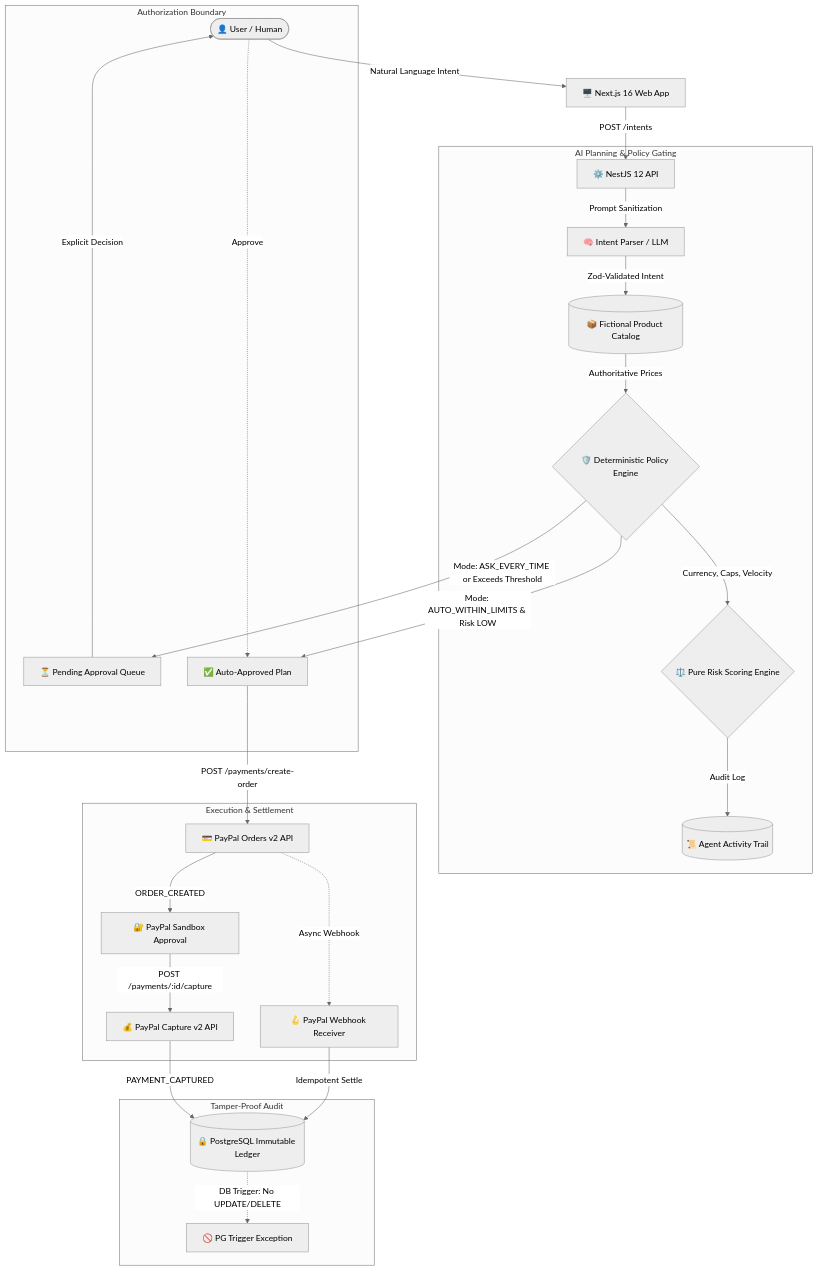
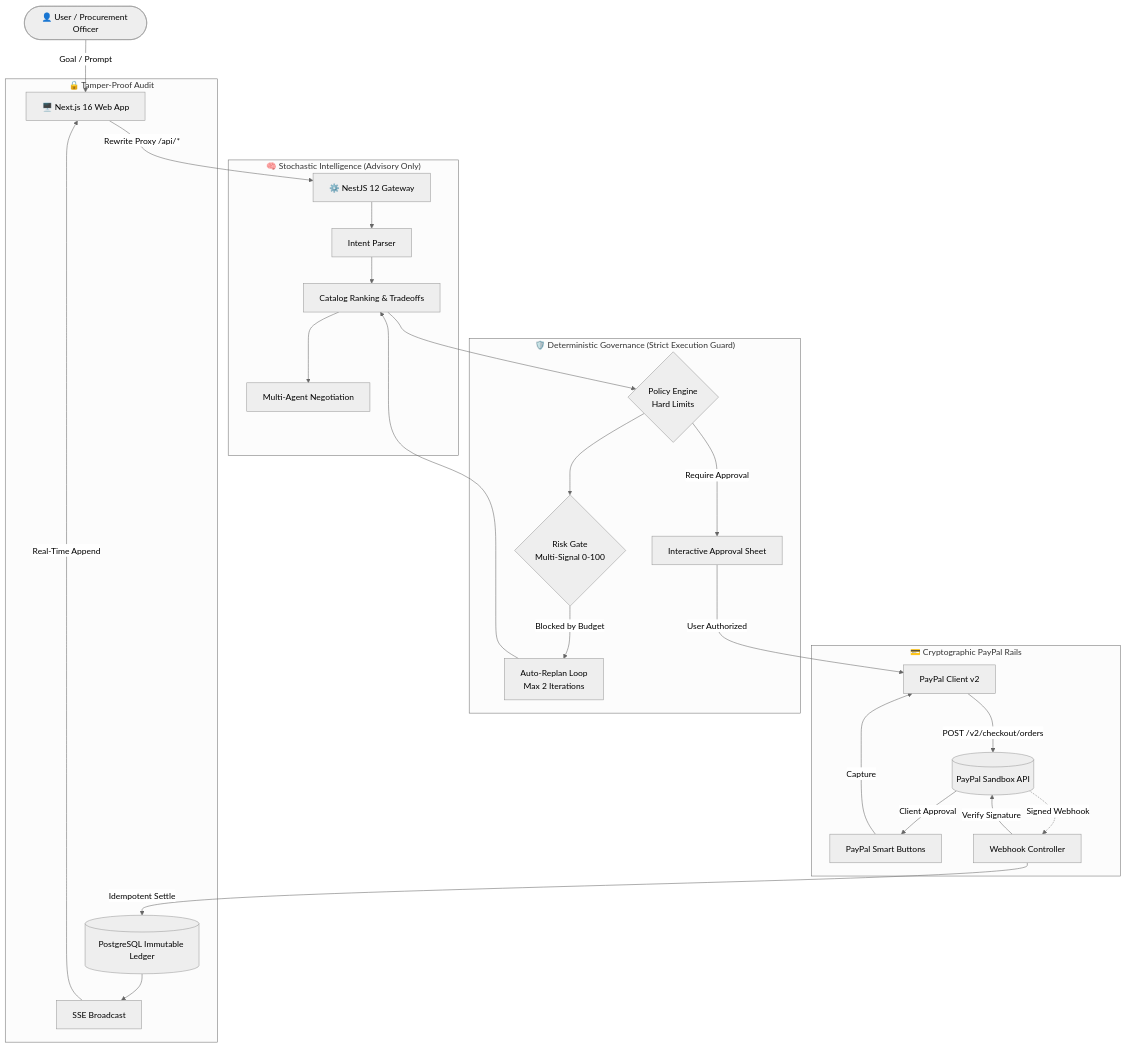
The diagram in README.md (REHAN-503/PayPilot), drawn with Mermaid (neutral theme) before and after one commit. The commit also changed other lines of this file and 63 other files, not shown here.

````diff
--- a/README.md
+++ b/README.md
@@ -27,33 +62,34 @@
 ```mermaid
 flowchart TD
-    User([👤 User / Human]) -->|Natural Language Intent| Frontend[🖥️ Next.js 16 Web App]
-    Frontend -->|POST /intents| Backend[⚙️ NestJS 12 API]
+    User([👤 User / Procurement Officer]) -->|Goal / Prompt| Web[🖥️ Next.js 16 Web App]
+    Web -->|Rewrite Proxy /api/*| API[⚙️ NestJS 12 Gateway]
     
-    subgraph AI Planning & Policy Gating
-        Backend -->|Prompt Sanitization| LLM[🧠 Intent Parser / LLM]
-        LLM -->|Zod-Validated Intent| Catalog[(📦 Fictional Product Catalog)]
-        Catalog -->|Authoritative Prices| PolicyEngine{🛡️ Deterministic Policy Engine}
-        PolicyEngine -->|Currency, Caps, Velocity| RiskEngine{⚖️ Pure Risk Scoring Engine}
-        RiskEngine -->|Audit Log| ActivityLedger[(📜 Agent Activity Trail)]
+    subgraph Intelligence ["🧠 Stochastic Intelligence (Advisory Only)"]
+        API --> IntentParser[Intent Parser]
+        IntentParser --> CatalogEngine[Catalog Ranking & Tradeoffs]
+        CatalogEngine --> Negotiation[Multi-Agent Negotiation]
     end
-    
-    subgraph Authorization Boundary
-        PolicyEngine -->|Mode: ASK_EVERY_TIME or Exceeds Threshold| ApprovalQueue[⏳ Pending Approval Queue]
-        ApprovalQueue -->|Explicit Decision| User
-        PolicyEngine -->|Mode: AUTO_WITHIN_LIMITS & Risk LOW| AutoApproved[✅ Auto-Approved Plan]
+
+    subgraph Governance ["🛡️ Deterministic Governance (Strict Execution Guard)"]
+        CatalogEngine --> PolicyEngine{Policy Engine\nHard Limits}
+        PolicyEngine --> RiskGate{Risk Gate\nMulti-Signal 0-100}
+        RiskGate -- "Blocked by Budget" --> Replan[Auto-Replan Loop\nMax 2 Iterations]
+        Replan --> CatalogEngine
+        PolicyEngine -- "Require Approval" --> ApprovalSheet[Interactive Approval Sheet]
     end
-    
-    subgraph Execution & Settlement
-        User -.->|Approve| AutoApproved
-        AutoApproved -->|POST /payments/create-order| PayPalAPI[💳 PayPal Orders v2 API]
-        PayPalAPI -->|ORDER_CREATED| UserModal[🔐 PayPal Sandbox Approval]
-        UserModal -->|POST /payments/:id/capture| CaptureAPI[💰 PayPal Capture v2 API]
-        PayPalAPI -.->|Async Webhook| WebhookHandler[🪝 PayPal Webhook Receiver]
+
+    subgraph Payments ["💳 Cryptographic PayPal Rails"]
+        ApprovalSheet -->|User Authorized| PayClient[PayPal Client v2]
+        PayClient -->|POST /v2/checkout/orders| PayPalSandbox[(PayPal Sandbox API)]
+        PayPalSandbox -->|Client Approval| SmartButtons[PayPal Smart Buttons]
+        SmartButtons -->|Capture| PayClient
+        PayPalSandbox -.->|Signed Webhook| WebhookReceiver[Webhook Controller]
+        WebhookReceiver -->|Verify Signature| PayPalSandbox
     end
-    
-    subgraph Tamper-Proof Audit
-        CaptureAPI -->|PAYMENT_CAPTURED| ImmutableLedger[(🔒 PostgreSQL Immutable Ledger)]
-        WebhookHandler -->|Idempotent Settle| ImmutableLedger
-        ImmutableLedger -.->|DB Trigger: No UPDATE/DELETE| Blocked[🚫 PG Trigger Exception]
+
+    subgraph Ledger ["🔒 Tamper-Proof Audit"]
+        WebhookReceiver -->|Idempotent Settle| TxLedger[(PostgreSQL Immutable Ledger)]
+        TxLedger --> SSE[SSE Broadcast]
+        SSE -->|Real-Time Append| Web
     end
 ```
````
